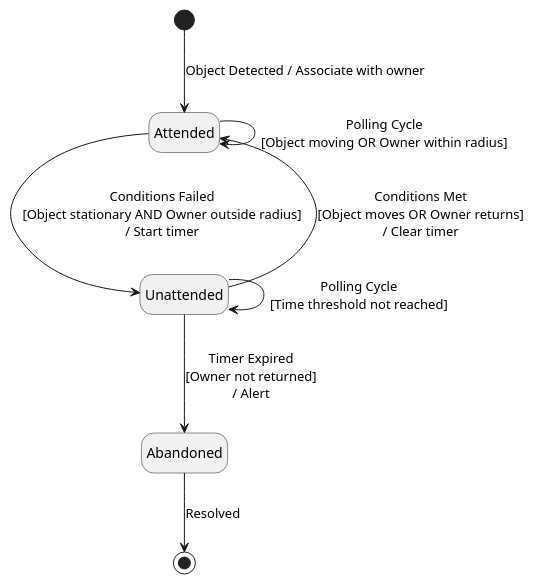
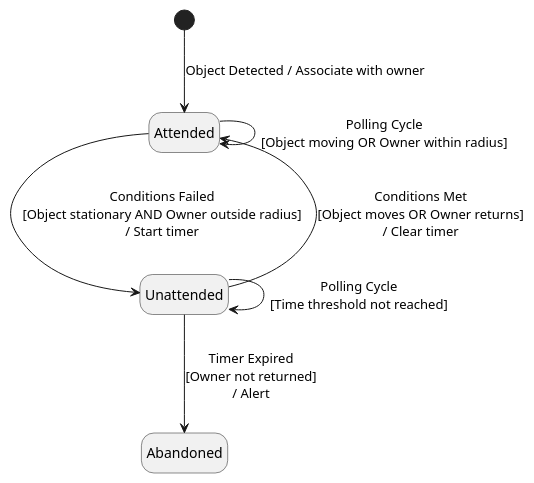
One commit to maxnaro/luggage-watch changed the diagram in doc/figures/plantuml/state_machine.puml. Above: the diagram before and after it, drawn with PlantUML.

Commit message:
Removes terminal state

```diff
--- a/doc/figures/plantuml/state_machine.puml
+++ b/doc/figures/plantuml/state_machine.puml
@@ -1,21 +1,20 @@
 @startuml state_machine
 hide empty description
 
 state "Attended" as attended
 state "Unattended" as unattended
 state "Abandoned" as abandoned
 
 [*] --> attended : Object Detected / Associate with owner
 
 attended --> attended : Polling Cycle\n[Object moving OR Owner within radius]
 
 attended --> unattended : Conditions Failed\n[Object stationary AND Owner outside radius]\n/ Start timer
 
 unattended --> unattended : Polling Cycle\n[Time threshold not reached]
 
 unattended --> abandoned : Timer Expired\n[Owner not returned]\n/ Alert
 
 unattended --> attended : Conditions Met\n[Object moves OR Owner returns]\n/ Clear timer
 
-abandoned --> [*] : Resolved
 @enduml
```
